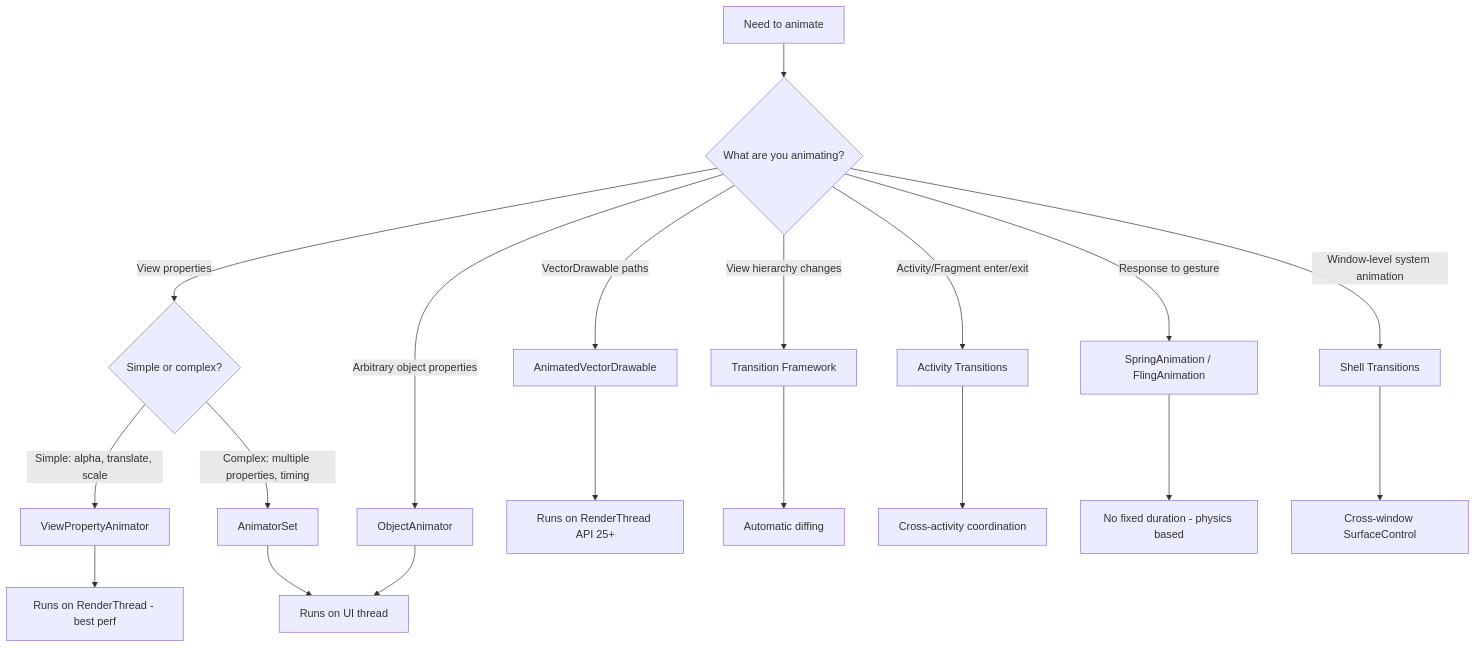
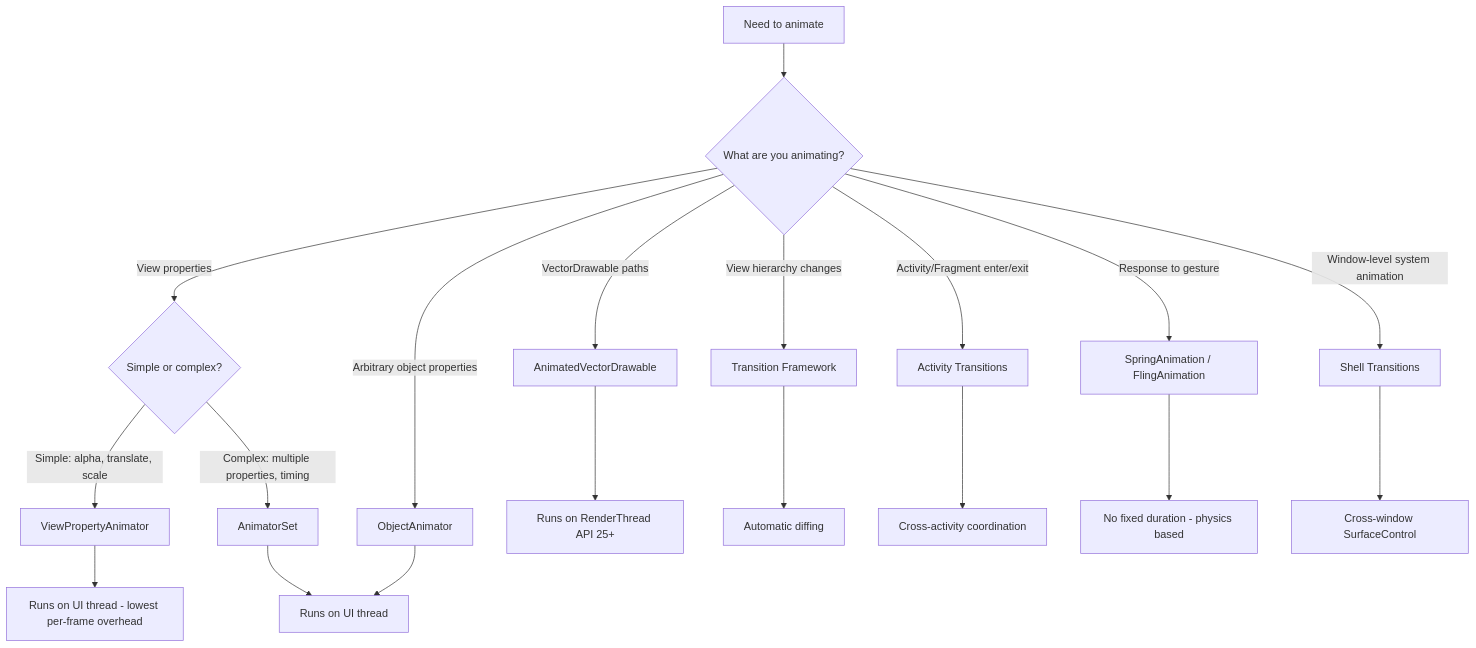
Before and after one commit to aospbooks/aosp-internal-book: diagram 47 of 47 in 14-animation-system.md, drawn with Mermaid. The commit also changed other lines of this file and 218 other files, not shown here.

````diff
--- a/14-animation-system.md
+++ b/14-animation-system.md
@@ -4960,23 +5042,23 @@
 ```mermaid
 flowchart TD
     A[Need to animate] --> B{What are you animating?}
     B -->|View properties| C{Simple or complex?}
     B -->|Arbitrary object properties| D[ObjectAnimator]
     B -->|VectorDrawable paths| E[AnimatedVectorDrawable]
     B -->|View hierarchy changes| F[Transition Framework]
     B -->|Activity/Fragment enter/exit| G[Activity Transitions]
     B -->|Response to gesture| H[SpringAnimation / FlingAnimation]
     B -->|Window-level system animation| I[Shell Transitions]
 
     C -->|Simple: alpha, translate, scale| J[ViewPropertyAnimator]
     C -->|Complex: multiple properties, timing| K[AnimatorSet]
 
-    J --> L[Runs on RenderThread - best perf]
+    J --> L[Runs on UI thread - lowest per-frame overhead]
     D --> M[Runs on UI thread]
     E --> N[Runs on RenderThread API 25+]
     F --> O[Automatic diffing]
     G --> P[Cross-activity coordination]
     H --> Q[No fixed duration - physics based]
     I --> R[Cross-window SurfaceControl]
     K --> M
 ```
````
